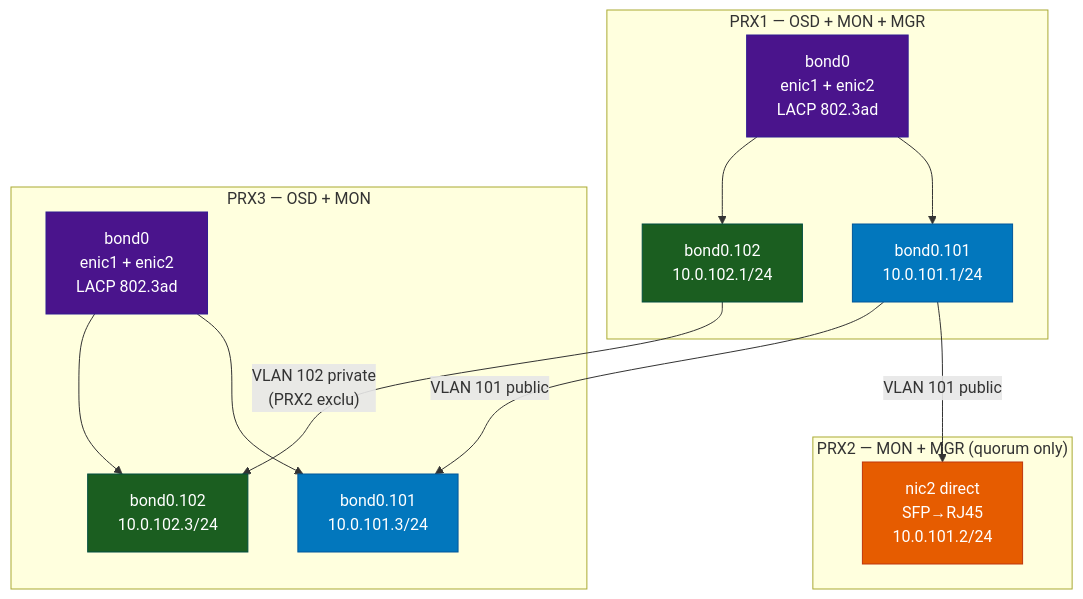
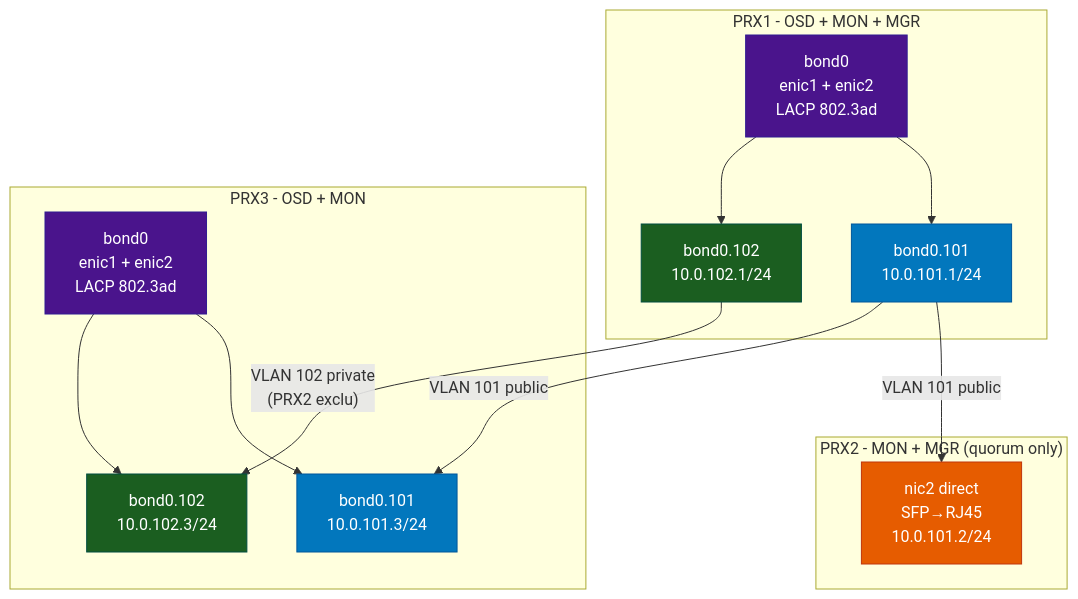
The third of 3 diagrams in README.md (astronas/ynov-virtu), drawn with Mermaid before and after one commit. The commit also changed other lines of this file and 47 other files, not shown here.

````diff
--- a/README.md
+++ b/README.md
@@ -102,31 +102,31 @@
 ```mermaid
 graph TD
     classDef bond   fill:#4a148c,stroke:#311b92,color:#fff
     classDef pub    fill:#0277bd,stroke:#01579b,color:#fff
     classDef priv   fill:#1b5e20,stroke:#004d40,color:#fff
     classDef direct fill:#e65c00,stroke:#bf360c,color:#fff
 
-    subgraph PRX1["PRX1 — OSD + MON + MGR"]
+    subgraph PRX1["PRX1 - OSD + MON + MGR"]
         B1["bond0\nenic1 + enic2\nLACP 802.3ad"]:::bond
         P101A["bond0.101\n10.0.101.1/24"]:::pub
         P102A["bond0.102\n10.0.102.1/24"]:::priv
         B1 --> P101A
         B1 --> P102A
     end
 
-    subgraph PRX2["PRX2 — MON + MGR (quorum only)"]
+    subgraph PRX2["PRX2 - MON + MGR (quorum only)"]
         N2["nic2 direct\nSFP→RJ45\n10.0.101.2/24"]:::direct
     end
 
-    subgraph PRX3["PRX3 — OSD + MON"]
+    subgraph PRX3["PRX3 - OSD + MON"]
         B3["bond0\nenic1 + enic2\nLACP 802.3ad"]:::bond
         P101C["bond0.101\n10.0.101.3/24"]:::pub
         P102C["bond0.102\n10.0.102.3/24"]:::priv
         B3 --> P101C
         B3 --> P102C
     end
 
     P101A -- "VLAN 101 public" --> N2
     P101A -- "VLAN 101 public" --> P101C
     P102A -- "VLAN 102 private\n(PRX2 exclu)" --> P102C
 ```
````
